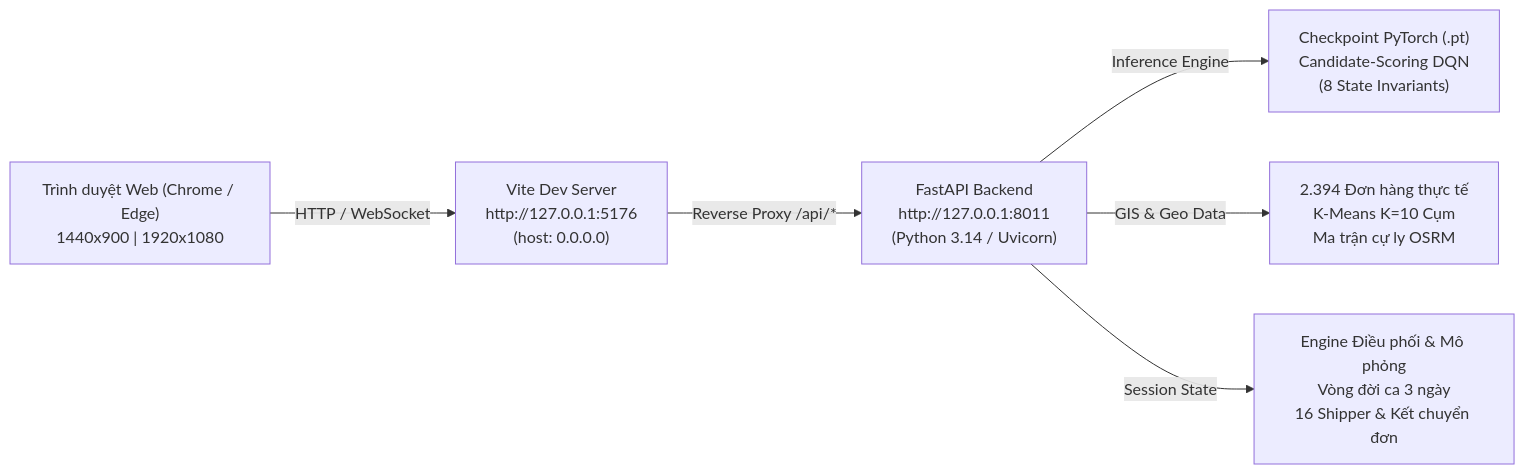
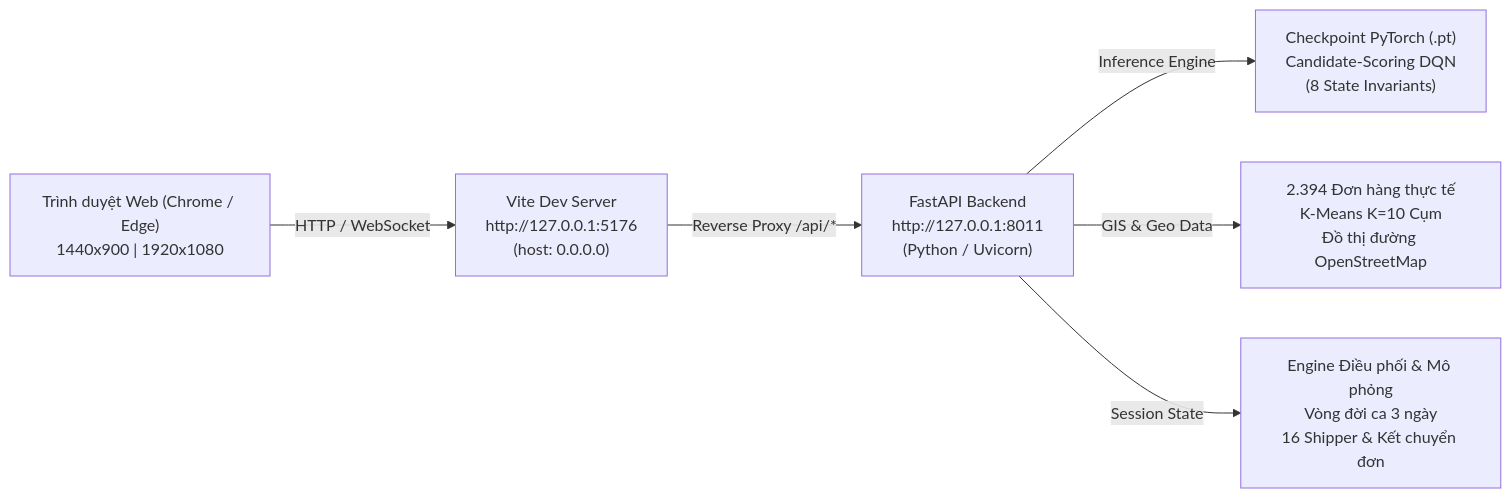
Before and after one commit to z3rn-KL/KL: the diagram in docs/NEXUS_LEADER_HANDOVER.md, drawn with Mermaid. The commit also changed other lines of this file and 6 other files, not shown here.

````diff
--- a/docs/NEXUS_LEADER_HANDOVER.md
+++ b/docs/NEXUS_LEADER_HANDOVER.md
@@ -58,8 +58,8 @@
 ```mermaid
 flowchart LR
     Browser["Trình duyệt Web (Chrome / Edge)<br>1440x900 | 1920x1080"] -->|HTTP / WebSocket| ViteServer["Vite Dev Server<br>http://127.0.0.1:5176<br>(host: 0.0.0.0)"]
-    ViteServer -->|Reverse Proxy /api/*| FastAPIServer["FastAPI Backend<br>http://127.0.0.1:8011<br>(Python 3.14 / Uvicorn)"]
+    ViteServer -->|Reverse Proxy /api/*| FastAPIServer["FastAPI Backend<br>http://127.0.0.1:8011<br>(Python / Uvicorn)"]
     FastAPIServer -->|Inference Engine| PyTorchArtifact["Checkpoint PyTorch (.pt)<br>Candidate-Scoring DQN<br>(8 State Invariants)"]
-    FastAPIServer -->|GIS & Geo Data| GeoDatabase["2.394 Đơn hàng thực tế<br>K-Means K=10 Cụm<br>Ma trận cự ly OSRM"]
+    FastAPIServer -->|GIS & Geo Data| GeoDatabase["2.394 Đơn hàng thực tế<br>K-Means K=10 Cụm<br>Đồ thị đường OpenStreetMap"]
     FastAPIServer -->|Session State| DispatchEngine["Engine Điều phối & Mô phỏng<br>Vòng đời ca 3 ngày<br>16 Shipper & Kết chuyển đơn"]
 ```
````
